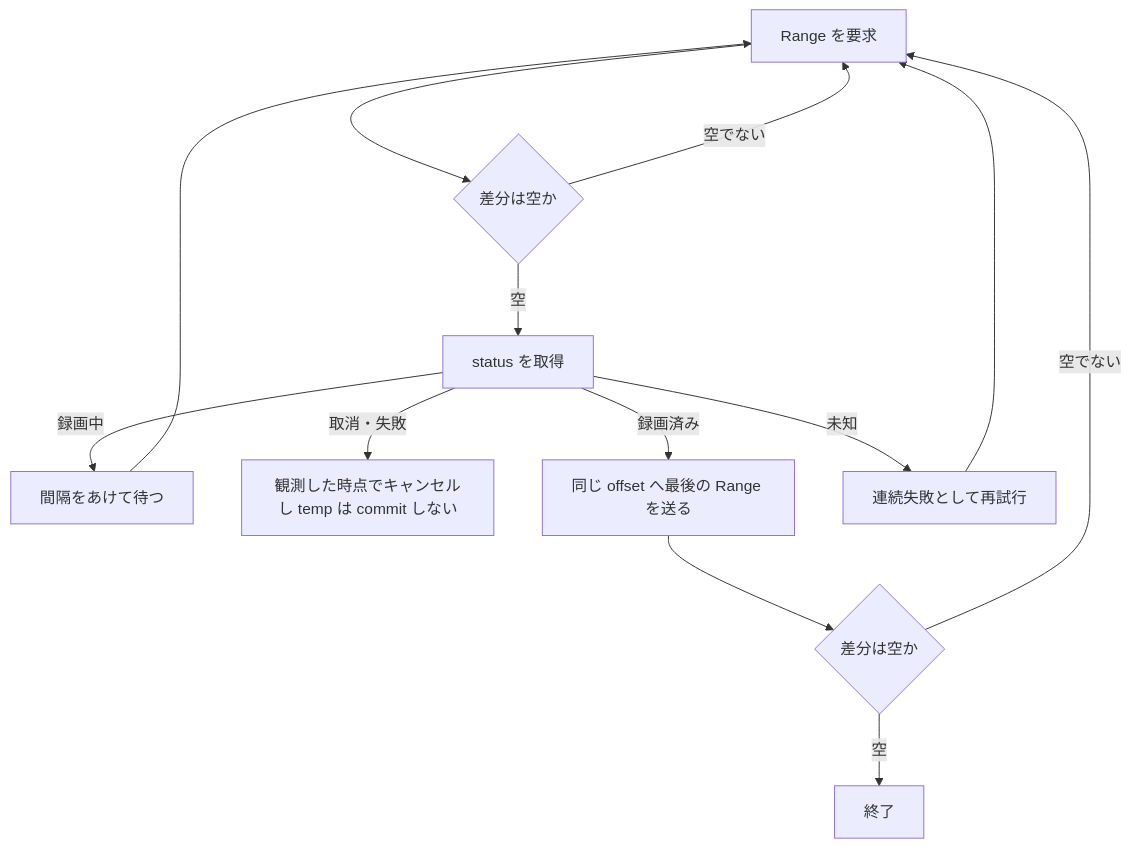
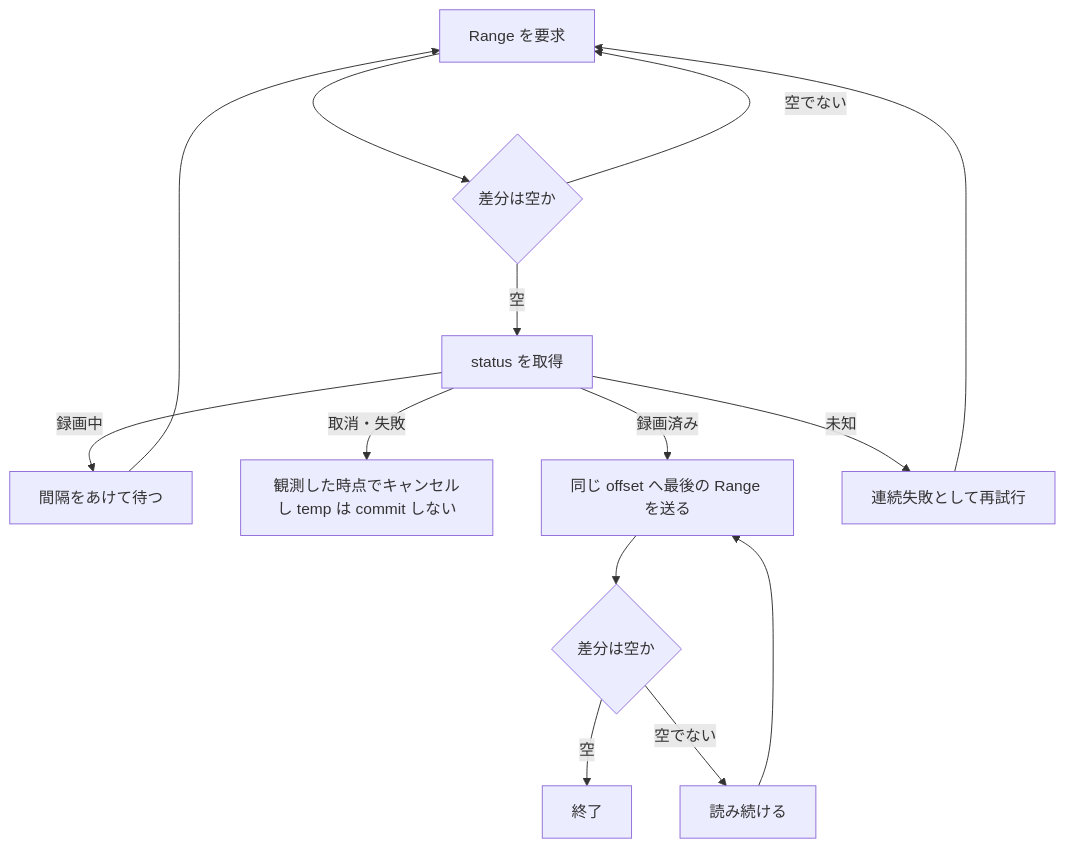
The first of 3 diagrams in docs/recording/ingest.md (fetburner/rokuban), drawn with Mermaid before and after one commit. The commit also changed 1 other file, not shown here.

Commit message:
K-19 レビュー指摘: watcher の ingest 投入条件と ingest の図の戻り先を直す

````diff
--- a/docs/recording/ingest.md
+++ b/docs/recording/ingest.md
@@ -38,13 +38,13 @@
 ```mermaid
 flowchart TD
   A[Range を要求] --> B{差分は空か}
   B -- 空でない --> A
   B -- 空 --> C[status を取得]
   C -- 録画中 --> D[間隔をあけて待つ] --> A
   C -- 取消・失敗 --> H[観測した時点でキャンセルし temp は commit しない]
   C -- 録画済み --> E[同じ offset へ最後の Range を送る]
   E --> F{差分は空か}
   F -- 空 --> G[終了]
-  F -- 空でない --> A
+  F -- 空でない --> R[読み続ける] --> E
   C -- 未知 --> I[連続失敗として再試行] --> A
 ```
````
